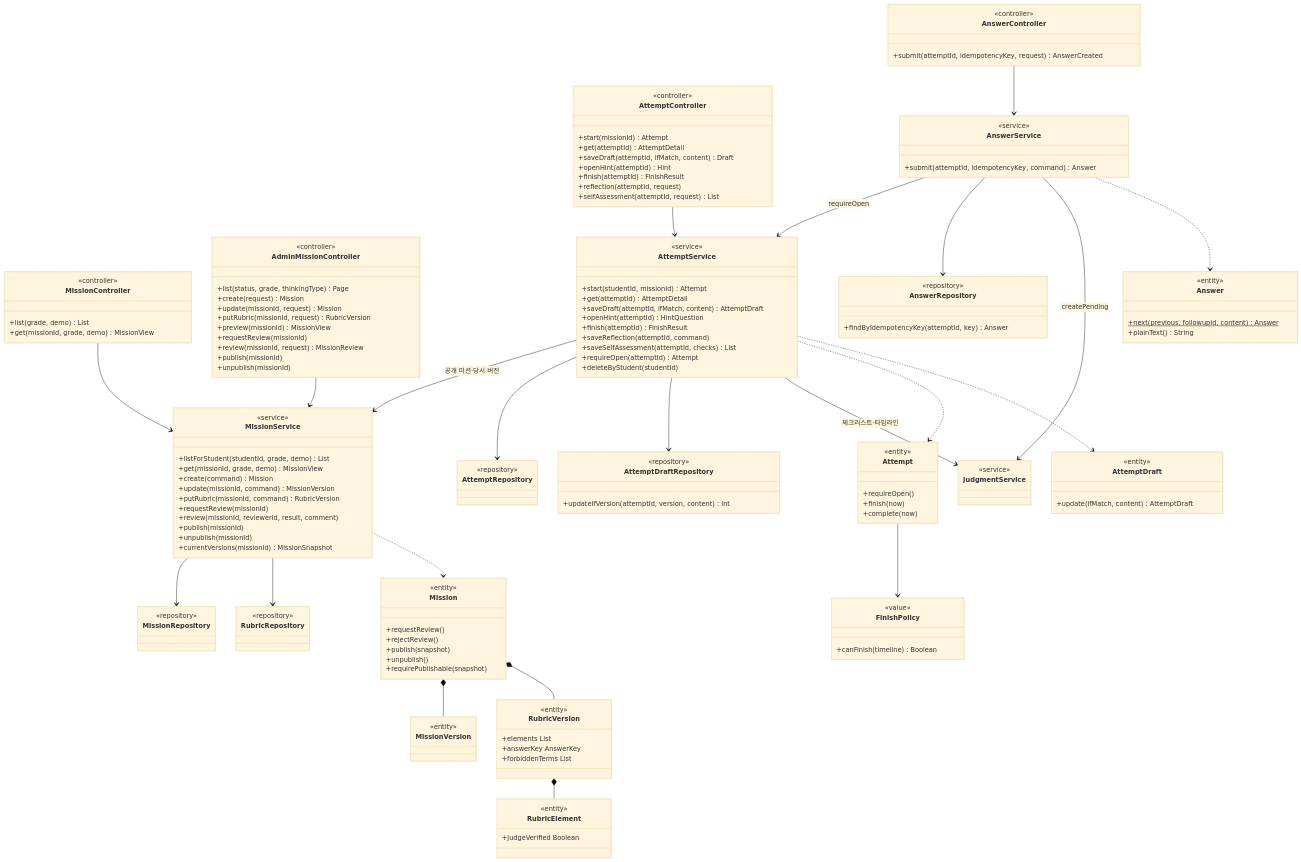
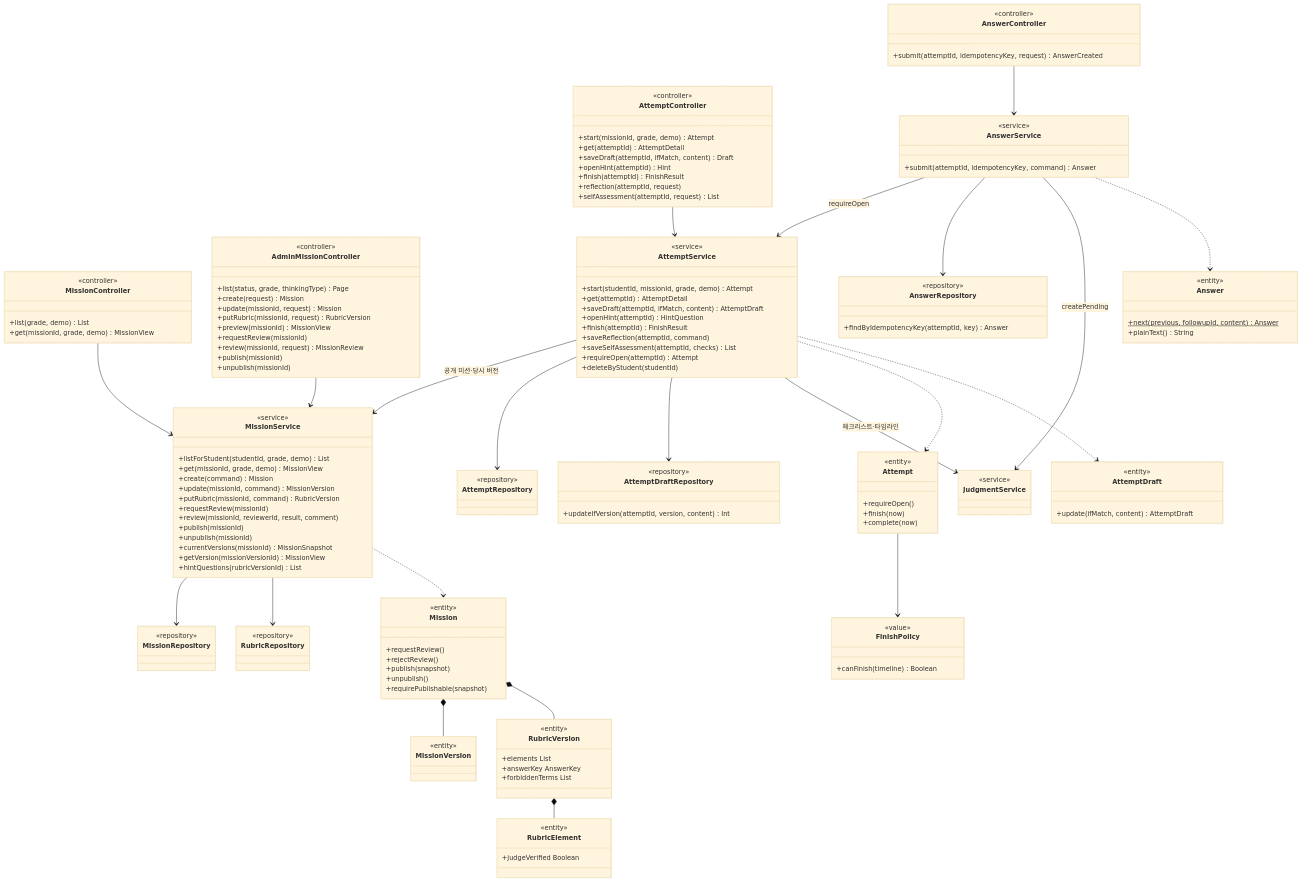
Before and after one commit to SKNETWORKS-FAMILY-AICAMP/SKN34-FINAL-3TEAM: the eighth of 15 diagrams in docs/design/class-diagram.md, drawn with Mermaid (base theme). The commit also changed 2 other files, not shown here.

Commit message:
docs: 학습 시도 시작 계약과 이어하기 순서 설계 반영

```diff
--- a/docs/design/class-diagram.md
+++ b/docs/design/class-diagram.md
@@ -988,6 +988,8 @@
     +publish(missionId)
     +unpublish(missionId)
     +currentVersions(missionId) MissionSnapshot
+    +getVersion(missionVersionId) MissionView
+    +hintQuestions(rubricVersionId) List
   }
   class Mission {
     <<entity>>
@@ -1010,7 +1012,7 @@
   }
   class AttemptController {
     <<controller>>
-    +start(missionId) Attempt
+    +start(missionId, grade, demo) Attempt
     +get(attemptId) AttemptDetail
     +saveDraft(attemptId, ifMatch, content) Draft
     +openHint(attemptId) Hint
@@ -1020,7 +1022,7 @@
   }
   class AttemptService {
     <<service>>
-    +start(studentId, missionId) Attempt
+    +start(studentId, missionId, grade, demo) Attempt
     +get(attemptId) AttemptDetail
     +saveDraft(attemptId, ifMatch, content) AttemptDraft
     +openHint(attemptId) HintQuestion
```
